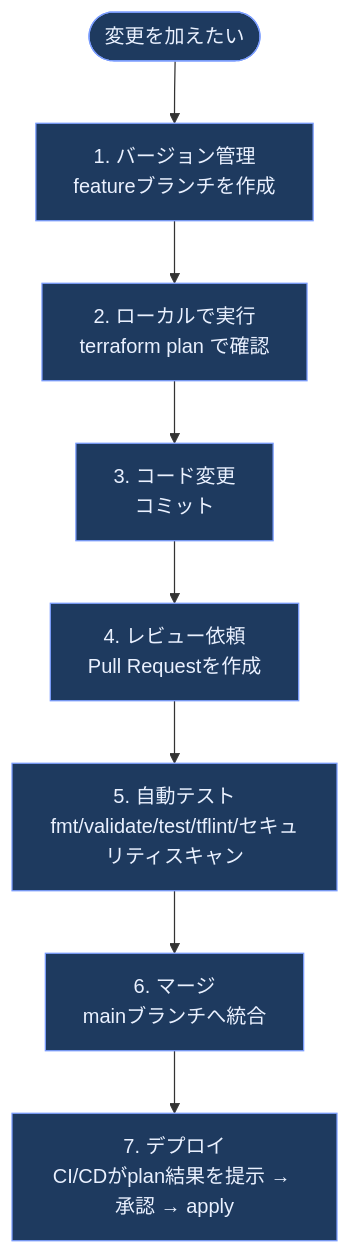
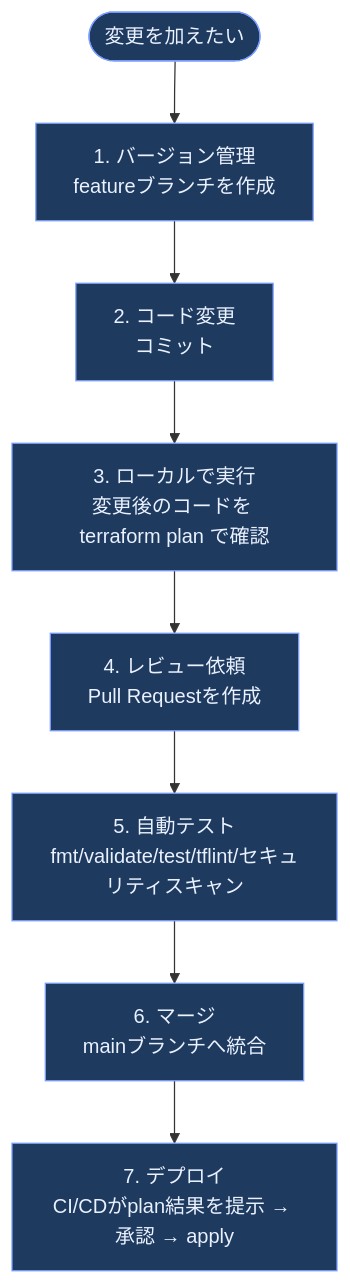
One commit to myoshi2891/Cloud-Infrastructure-Studies changed diagram 16 of 19 in Terraform-up-and-running.md. Above: the diagram before and after it, drawn with Mermaid. The commit also changed other lines of this file, not shown here.

Commit message:
docs(terraform): update EKS IAM role config, dev lifecycle flow, and state/tooling comparisons

````diff
--- a/Terraform-up-and-running.md
+++ b/Terraform-up-and-running.md
@@ -1232,13 +1264,13 @@
 ```mermaid
 flowchart TB
     Start(["変更を加えたい"]) --> Branch["1. バージョン管理<br/>featureブランチを作成"]
-    Branch --> Local["2. ローカルで実行<br/>terraform plan で確認"]
-    Local --> Change["3. コード変更<br/>コミット"]
-    Change --> PR["4. レビュー依頼<br/>Pull Requestを作成"]
+    Branch --> Change["2. コード変更<br/>コミット"]
+    Change --> Local["3. ローカルで実行<br/>変更後のコードを terraform plan で確認"]
+    Local --> PR["4. レビュー依頼<br/>Pull Requestを作成"]
     PR --> CI["5. 自動テスト<br/>fmt/validate/test/tflint/セキュリティスキャン"]
     CI --> Merge["6. マージ<br/>mainブランチへ統合"]
     Merge --> Deploy["7. デプロイ<br/>CI/CDがplan結果を提示 → 承認 → apply"]
 
     classDef step fill:#1e3a5f,stroke:#7c9eff,color:#eaf1ff
-    class Start,Branch,Local,Change,PR,CI,Merge,Deploy step
+    class Start,Branch,Change,Local,PR,CI,Merge,Deploy step
 ```
````
